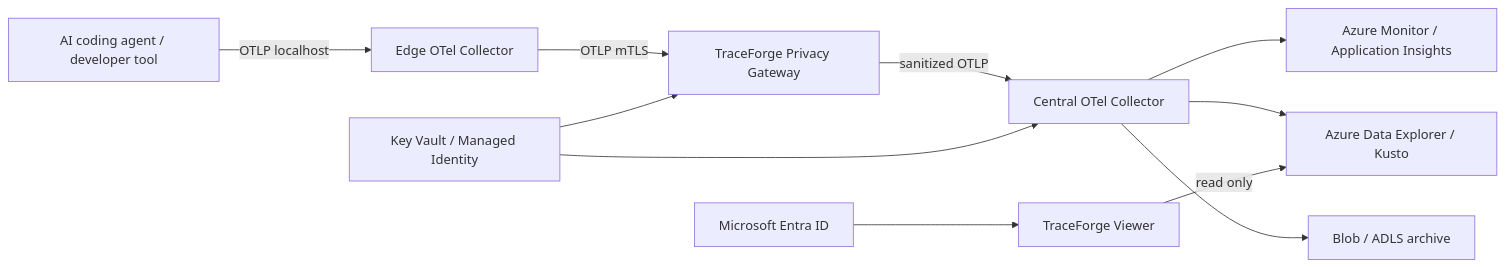
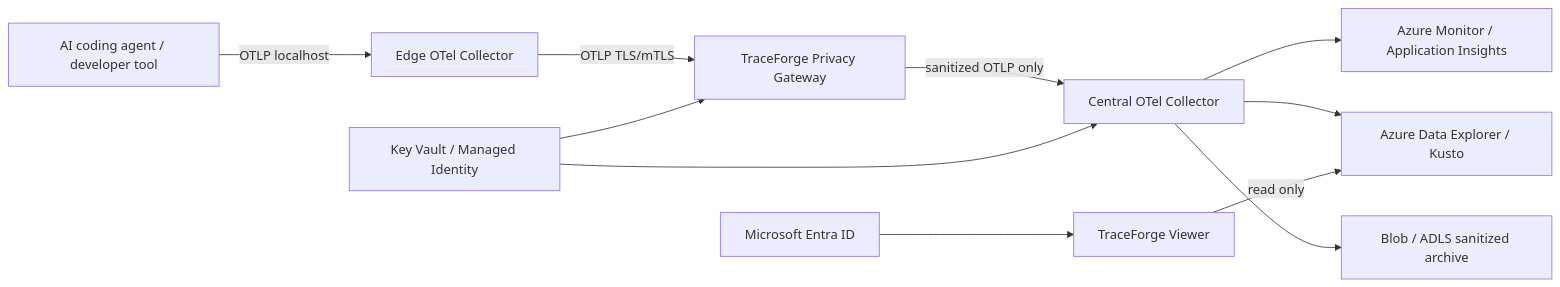
Before and after one commit to mkarson1997/karzoun-traceforge: the diagram in docs/architecture.md, drawn with Mermaid. The commit also changed other lines of this file and 10 other files, not shown here.

````diff
--- a/docs/architecture.md
+++ b/docs/architecture.md
@@ -17,13 +17,13 @@
 ```mermaid
 flowchart LR
   A[AI coding agent / developer tool] -->|OTLP localhost| B[Edge OTel Collector]
-  B -->|OTLP mTLS| C[TraceForge Privacy Gateway]
-  C -->|sanitized OTLP| D[Central OTel Collector]
+  B -->|OTLP TLS/mTLS| C[TraceForge Privacy Gateway]
+  C -->|sanitized OTLP only| D[Central OTel Collector]
   D --> E[Azure Monitor / Application Insights]
   D --> F[Azure Data Explorer / Kusto]
-  D --> G[Blob / ADLS archive]
+  D --> G[Blob / ADLS sanitized archive]
   H[TraceForge Viewer] -->|read only| F
   I[Microsoft Entra ID] --> H
   J[Key Vault / Managed Identity] --> C
   J --> D
 ```
````
